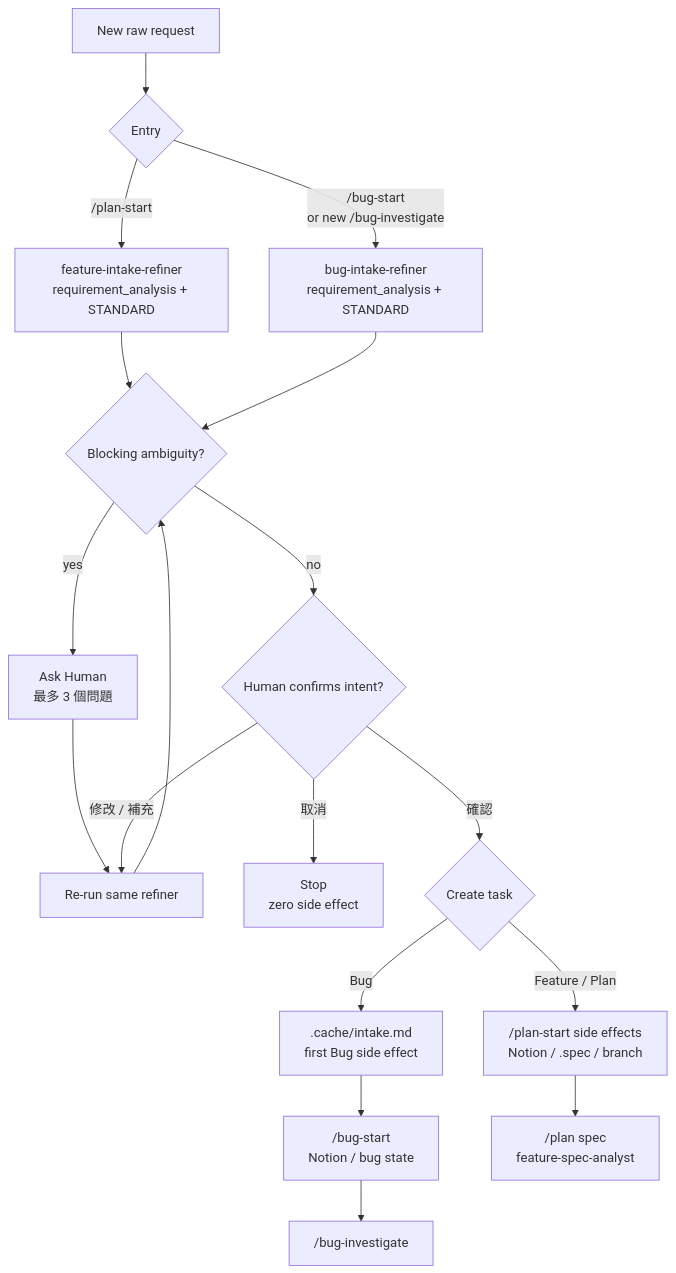
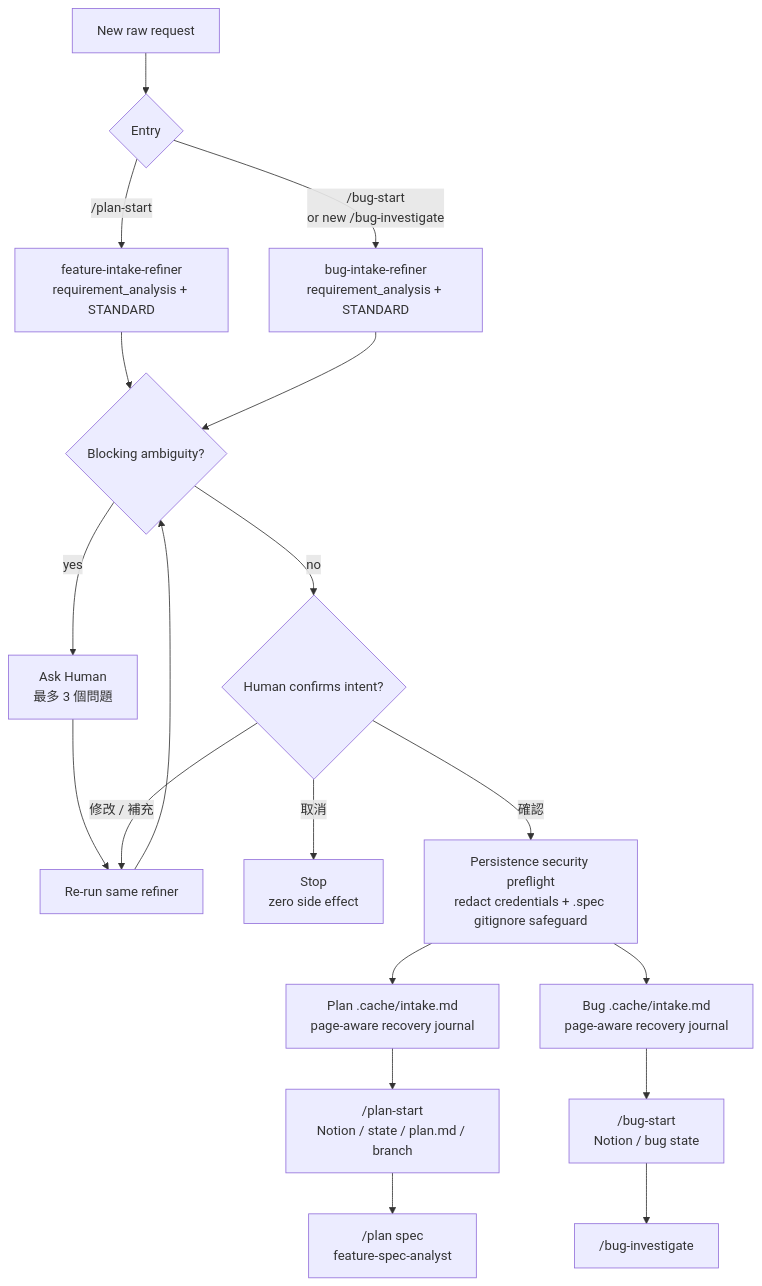
Before and after one commit to mark22013333/crew: the second of 5 diagrams in README.md, drawn with Mermaid. The commit also changed other lines of this file, not shown here.

Commit message:
docs: document reviewed durable intake flow

````diff
--- a/README.md
+++ b/README.md
@@ -166,20 +166,21 @@
 ```mermaid
 flowchart TD
     Raw["New raw request"] --> Kind{"Entry"}
     Kind -- "/plan-start" --> FRefiner["feature-intake-refiner<br/>requirement_analysis + STANDARD"]
     Kind -- "/bug-start<br/>or new /bug-investigate" --> BRefiner["bug-intake-refiner<br/>requirement_analysis + STANDARD"]
     FRefiner --> Blocking{"Blocking ambiguity?"}
     BRefiner --> Blocking
     Blocking -- "yes" --> Ask["Ask Human<br/>最多 3 個問題"]
     Ask --> Retry["Re-run same refiner"]
     Retry --> Blocking
     Blocking -- "no" --> Confirm{"Human confirms intent?"}
     Confirm -- "修改 / 補充" --> Retry
     Confirm -- "取消" --> Stop["Stop<br/>zero side effect"]
-    Confirm -- "確認" --> Create{"Create task"}
-    Create -- "Feature / Plan" --> Plan["/plan-start side effects<br/>Notion / .spec / branch"]
-    Create -- "Bug" --> Cache[".cache/intake.md<br/>first Bug side effect"]
-    Cache --> Bug["/bug-start<br/>Notion / bug state"]
+    Confirm -- "確認" --> Guard["Persistence security preflight<br/>redact credentials + .spec gitignore safeguard"]
+    Guard --> PlanCache["Plan .cache/intake.md<br/>page-aware recovery journal"]
+    Guard --> BugCache["Bug .cache/intake.md<br/>page-aware recovery journal"]
+    PlanCache --> Plan["/plan-start<br/>Notion / state / plan.md / branch"]
+    BugCache --> Bug["/bug-start<br/>Notion / bug state"]
     Plan --> Spec["/plan spec<br/>feature-spec-analyst"]
     Bug --> Investigate["/bug-investigate"]
 ```
````
